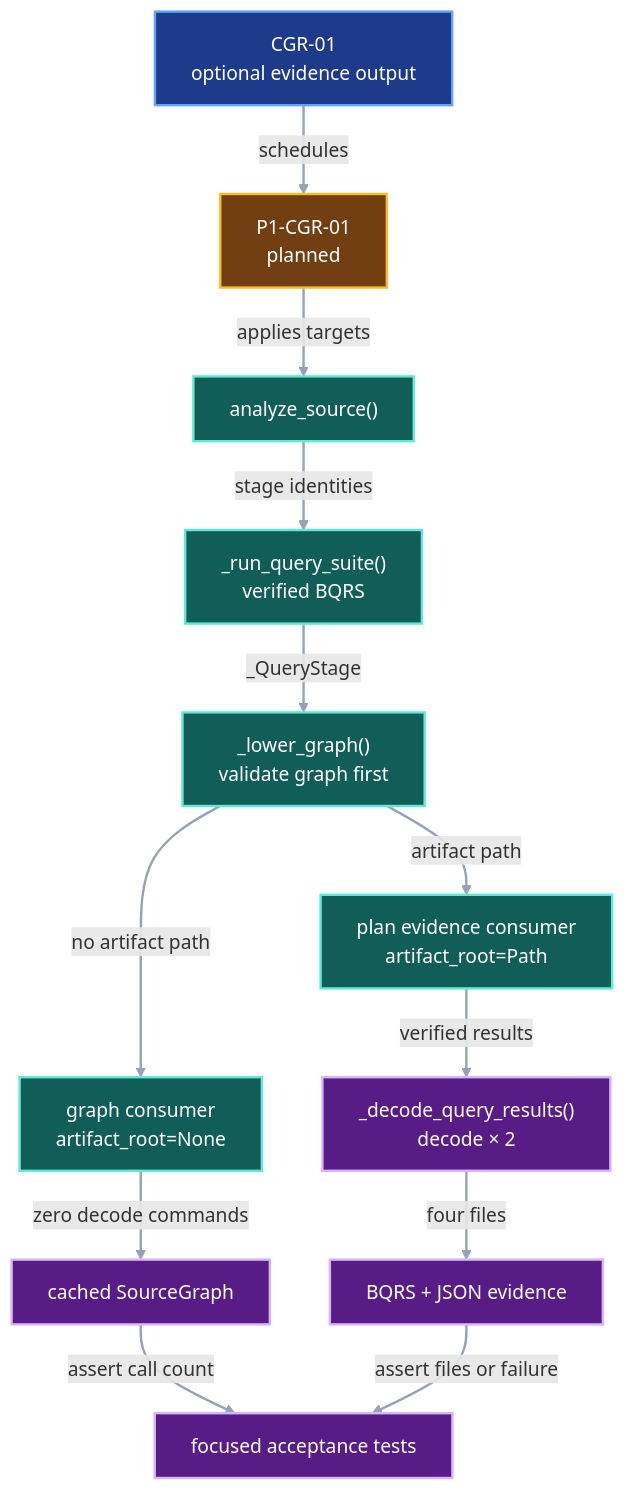
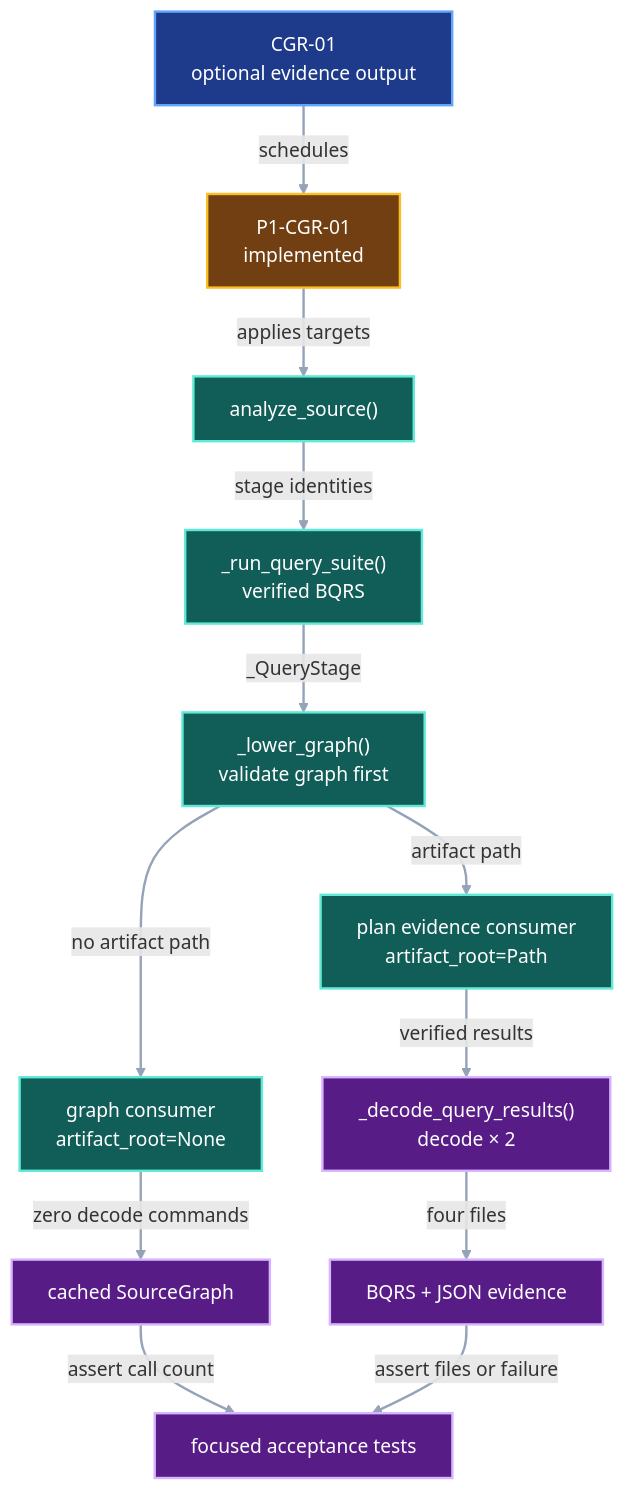
One commit to pvd232/viper changed the third of 3 diagrams in docs/development/codeql-graph-cache-reuse.md. Above: the diagram before and after it, drawn with Mermaid. The commit also changed other lines of this file and 2 other files, not shown here.

Commit message:
Reconcile completed CodeQL graph reuse

````diff
--- a/docs/development/codeql-graph-cache-reuse.md
+++ b/docs/development/codeql-graph-cache-reuse.md
@@ -109,36 +109,36 @@
 ```mermaid
 flowchart TB
     Contract["CGR-01<br/>optional evidence output"]
-    Checklist["P1-CGR-01<br/>planned"]
+    Checklist["P1-CGR-01<br/>implemented"]
     Call["analyze_source()"]
     Query["_run_query_suite()<br/>verified BQRS"]
     Graph["_lower_graph()<br/>validate graph first"]
     Search["graph consumer<br/>artifact_root=None"]
     Publish["plan evidence consumer<br/>artifact_root=Path"]
     Return["cached SourceGraph"]
     Decode["_decode_query_results()<br/>decode × 2"]
     Bundle["BQRS + JSON evidence"]
     Tests["focused acceptance tests"]
 
     Contract -->|"schedules"| Checklist
     Checklist -->|"applies targets"| Call
     Call -->|"stage identities"| Query
     Query -->|"_QueryStage"| Graph
     Graph -->|"no artifact path"| Search
     Search -->|"zero decode commands"| Return
     Graph -->|"artifact path"| Publish
     Publish -->|"verified results"| Decode
     Decode -->|"four files"| Bundle
     Return -->|"assert call count"| Tests
     Bundle -->|"assert files or failure"| Tests
 
     class Contract contract
     class Checklist checklist
     class Call,Query,Graph,Search,Publish implementation
     class Return,Decode,Bundle,Tests output
     classDef contract fill:#1e3a8a,stroke:#60a5fa,color:#ffffff,stroke-width:2px
     classDef checklist fill:#713f12,stroke:#fbbf24,color:#ffffff,stroke-width:2px
     classDef implementation fill:#115e59,stroke:#5eead4,color:#ffffff,stroke-width:2px
     classDef output fill:#581c87,stroke:#d8b4fe,color:#ffffff,stroke-width:2px
     linkStyle default stroke:#94a3b8,stroke-width:2px
 ```
````
